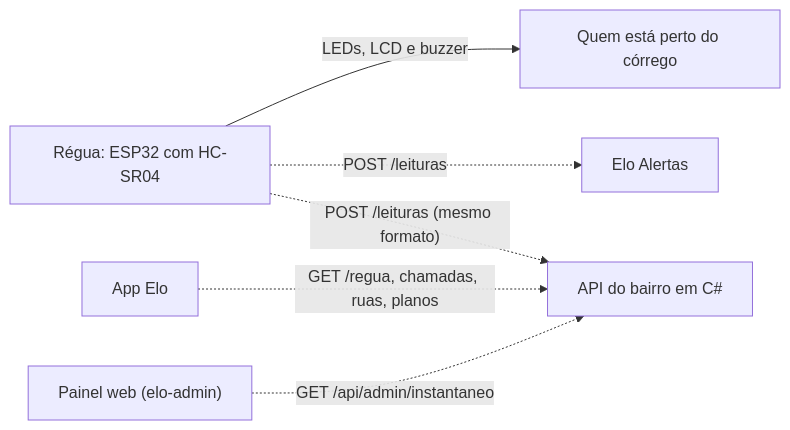
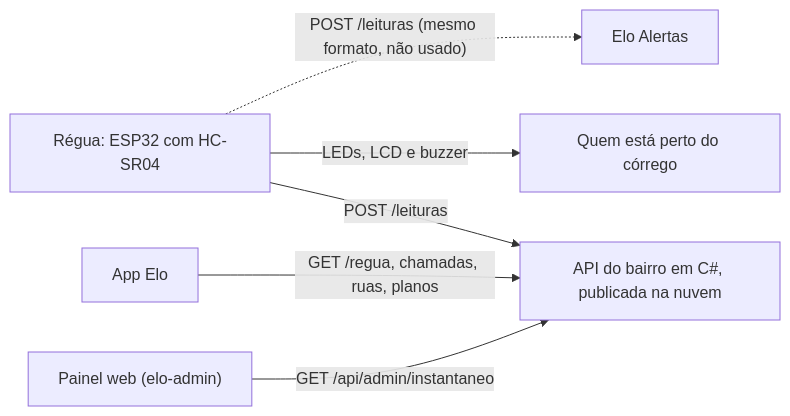
The diagram in README.md (Elo-Fiap/elo-regua-esp32), drawn with Mermaid before and after one commit. The commit also changed other lines of this file and 3 other files, not shown here.

First line of the commit message:
Aponta a régua para a API publicada e registra o teste de 18/11

````diff
--- a/README.md
+++ b/README.md
@@ -30,8 +30,8 @@
 ```mermaid
 flowchart LR
     REGUA["Régua: ESP32 com HC-SR04"] -->|"LEDs, LCD e buzzer"| LOCAL["Quem está perto do córrego"]
-    REGUA -.->|"POST /leituras"| ALERTAS["Elo Alertas"]
-    REGUA -.->|"POST /leituras (mesmo formato)"| BAIRRO["API do bairro em C#"]
-    APP["App Elo"] -.->|"GET /regua, chamadas, ruas, planos"| BAIRRO
-    PAINEL["Painel web (elo-admin)"] -.->|"GET /api/admin/instantaneo"| BAIRRO
+    REGUA -->|"POST /leituras"| BAIRRO["API do bairro em C#, publicada na nuvem"]
+    REGUA -.->|"POST /leituras (mesmo formato, não usado)"| ALERTAS["Elo Alertas"]
+    APP["App Elo"] -->|"GET /regua, chamadas, ruas, planos"| BAIRRO
+    PAINEL["Painel web (elo-admin)"] -->|"GET /api/admin/instantaneo"| BAIRRO
 ```
````
